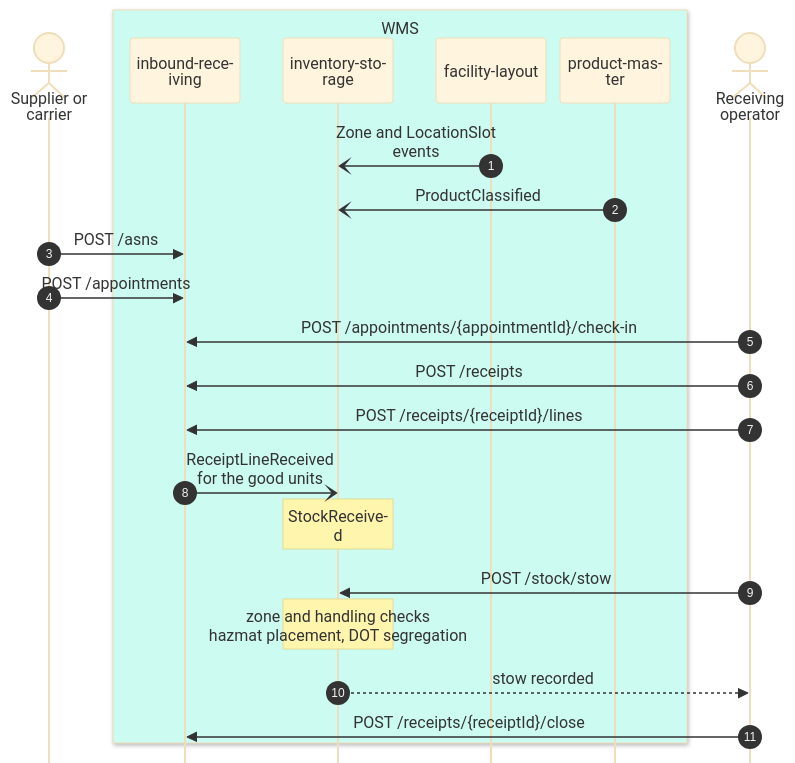
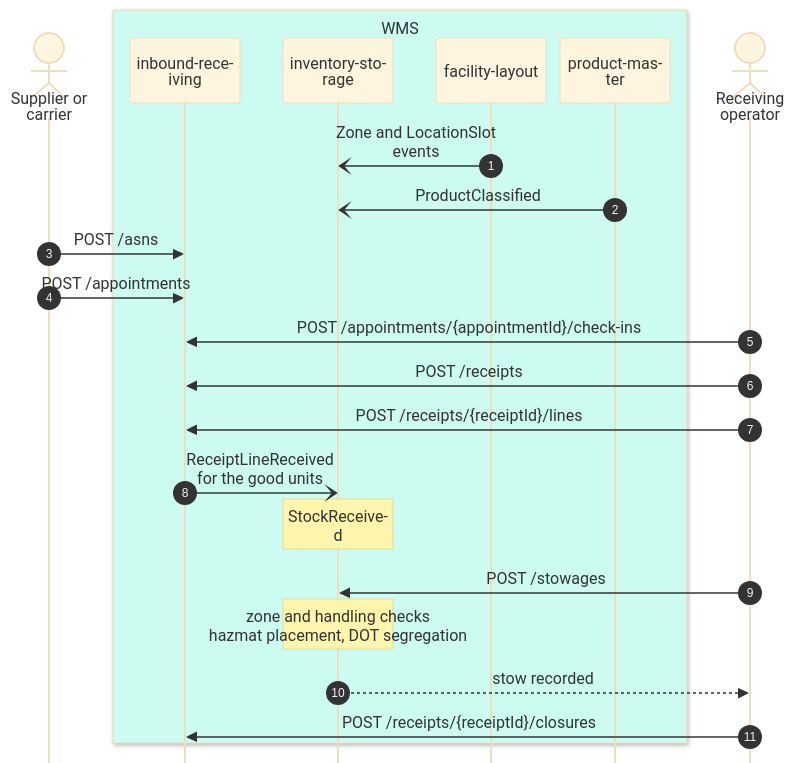
One commit to IQVO/warehouse-docs changed the second of 3 diagrams in docs/wms-wes/tier-interactions.md. Above: the diagram before and after it, drawn with Mermaid (base theme). The commit also changed other lines of this file and 272 other files, not shown here.

````diff
--- a/docs/wms-wes/tier-interactions.md
+++ b/docs/wms-wes/tier-interactions.md
@@ -59,27 +59,27 @@
 ```mermaid
 %%{init: {"sequence": {"wrap": true, "width": 110, "actorMargin": 14, "messageMargin": 26, "boxMargin": 6, "noteMargin": 6, "mirrorActors": false}}}%%
 sequenceDiagram
     autonumber
     actor V as Supplier or carrier
     box rgb(204,251,241) WMS
     participant INB as inbound-receiving
     participant INV as inventory-storage
     participant FL as facility-layout
     participant PM as product-master
     end
     actor O as Receiving operator
 
     FL-)INV: Zone and LocationSlot events
     PM-)INV: ProductClassified
     V->>INB: POST /asns
     V->>INB: POST /appointments
-    O->>INB: POST /appointments/{appointmentId}/check-in
+    O->>INB: POST /appointments/{appointmentId}/check-ins
     O->>INB: POST /receipts
     O->>INB: POST /receipts/{receiptId}/lines
     INB-)INV: ReceiptLineReceived for the good units
     Note over INV: StockReceived
-    O->>INV: POST /stock/stow
+    O->>INV: POST /stowages
     Note over INV: zone and handling checks<br/>hazmat placement, DOT segregation
     INV-->>O: stow recorded
-    O->>INB: POST /receipts/{receiptId}/close
+    O->>INB: POST /receipts/{receiptId}/closures
 ```
````
